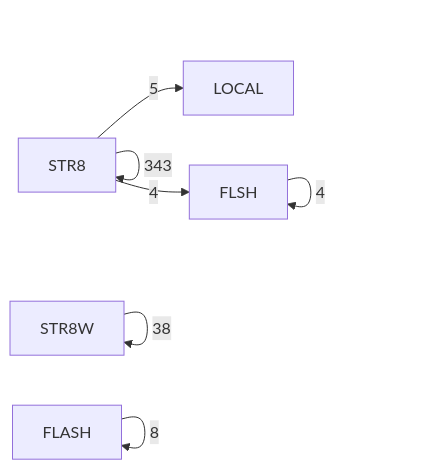
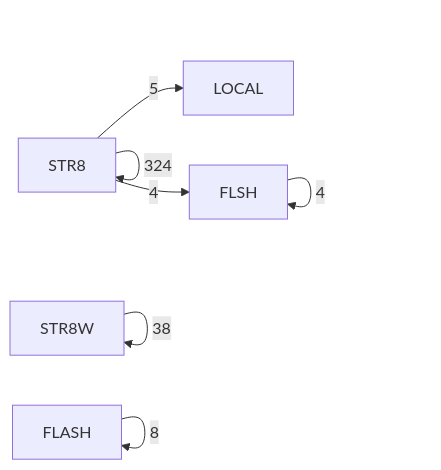
One commit to 95westus/R-YORS changed the fifth of 6 diagrams in DOC/GENERATED/ROUTINE_CLASS_DIAGRAM.md. Above: the diagram before and after it, drawn with Mermaid. The commit also changed other lines of this file and 25 other files, not shown here.

````diff
--- a/DOC/GENERATED/ROUTINE_CLASS_DIAGRAM.md
+++ b/DOC/GENERATED/ROUTINE_CLASS_DIAGRAM.md
@@ -77,9 +77,9 @@
 ```mermaid
 flowchart LR
-    P_STR8[STR8] -->|343| P_STR8[STR8]
+    P_STR8[STR8] -->|324| P_STR8[STR8]
     P_STR8W[STR8W] -->|38| P_STR8W[STR8W]
     P_FLASH[FLASH] -->|8| P_FLASH[FLASH]
     P_STR8[STR8] -->|5| P_LOCAL[LOCAL]
     P_FLSH[FLSH] -->|4| P_FLSH[FLSH]
     P_STR8[STR8] -->|4| P_FLSH[FLSH]
 ```
````
